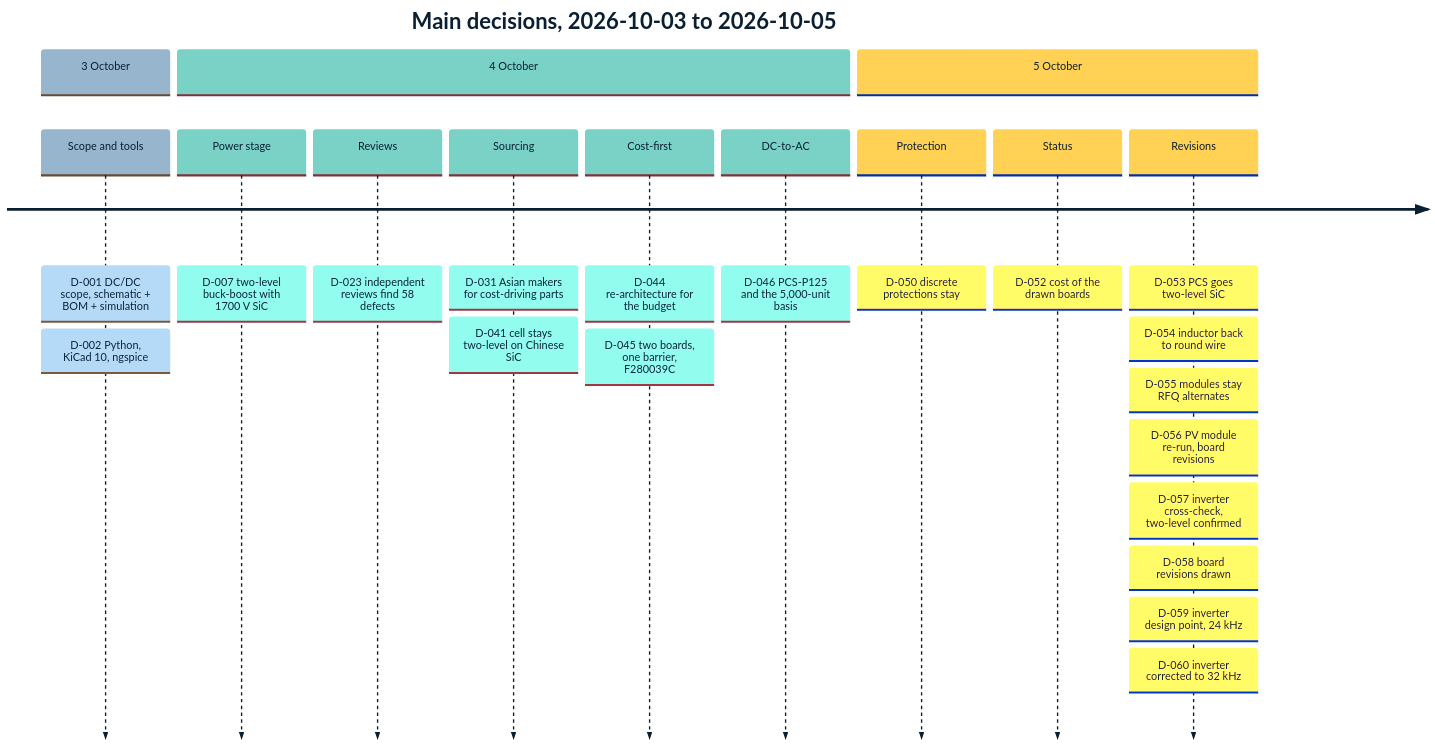
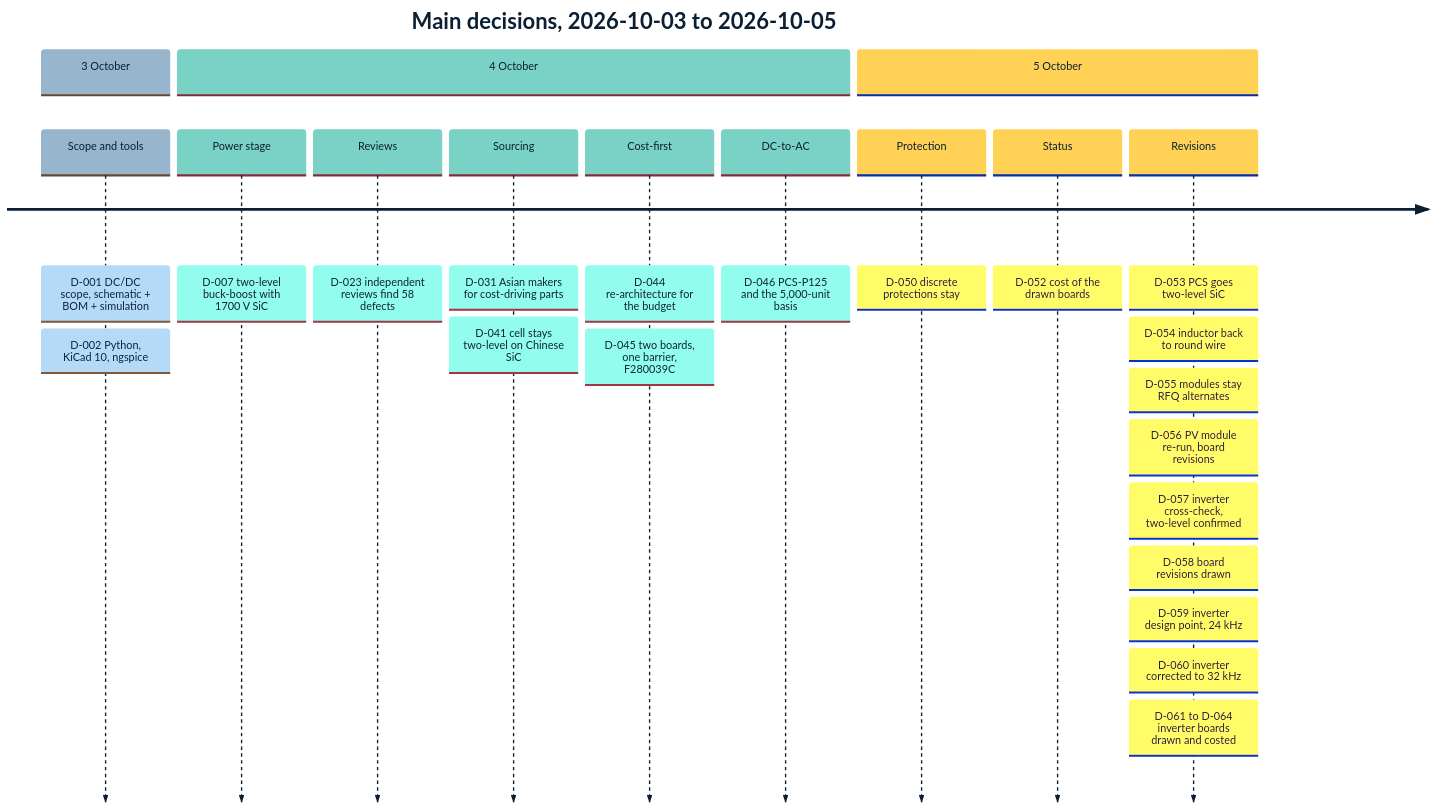
The second of 2 diagrams in docs/guide/01-overview.md (vectivolt/PCM), drawn with Mermaid before and after one commit. The commit also changed other lines of this file and 13 other files, not shown here.

First line of the commit message:
Document the inverter boards; treat the inverter as a drawn module in the generated tables and audits

````diff
--- a/docs/guide/01-overview.md
+++ b/docs/guide/01-overview.md
@@ -83,17 +83,17 @@
 ```mermaid
 %%{init: {"theme": "base", "themeVariables": {"primaryColor": "#EEF3F7", "primaryBorderColor": "#0B1F33", "primaryTextColor": "#0B1F33", "lineColor": "#5B6B7A", "secondaryColor": "#D9F2EF", "tertiaryColor": "#FFF4D6", "fontFamily": "Inter, Helvetica, Arial, sans-serif"}}}%%
 timeline
     title Main decisions, 2026-10-03 to 2026-10-05
     section 3 October
         Scope and tools : D-001 DC/DC scope, schematic + BOM + simulation : D-002 Python, KiCad 10, ngspice
     section 4 October
         Power stage : D-007 two-level buck-boost with 1700 V SiC
         Reviews : D-023 independent reviews find 58 defects
         Sourcing : D-031 Asian makers for cost-driving parts : D-041 cell stays two-level on Chinese SiC
         Cost-first : D-044 re-architecture for the budget : D-045 two boards, one barrier, F280039C
         DC-to-AC : D-046 PCS-P125 and the 5,000-unit basis
     section 5 October
         Protection : D-050 discrete protections stay
         Status : D-052 cost of the drawn boards
-        Revisions : D-053 PCS goes two-level SiC : D-054 inductor back to round wire : D-055 modules stay RFQ alternates : D-056 PV module re-run, board revisions : D-057 inverter cross-check, two-level confirmed : D-058 board revisions drawn : D-059 inverter design point, 24 kHz : D-060 inverter corrected to 32 kHz
+        Revisions : D-053 PCS goes two-level SiC : D-054 inductor back to round wire : D-055 modules stay RFQ alternates : D-056 PV module re-run, board revisions : D-057 inverter cross-check, two-level confirmed : D-058 board revisions drawn : D-059 inverter design point, 24 kHz : D-060 inverter corrected to 32 kHz : D-061 to D-064 inverter boards drawn and costed
 ```
````
